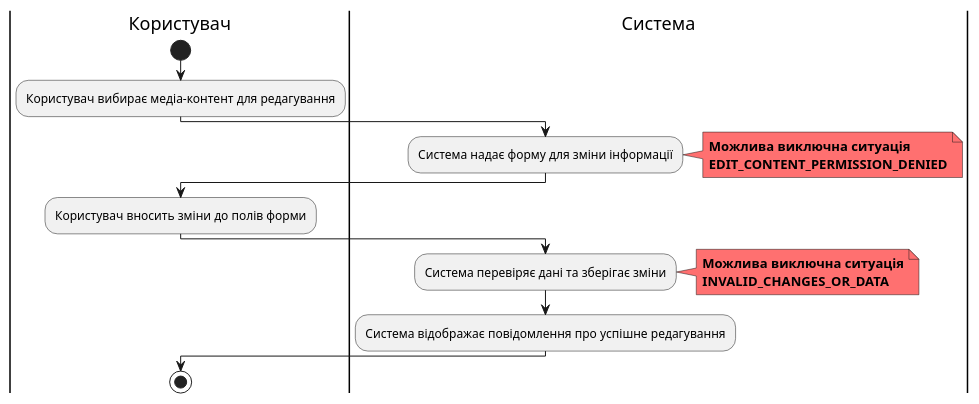
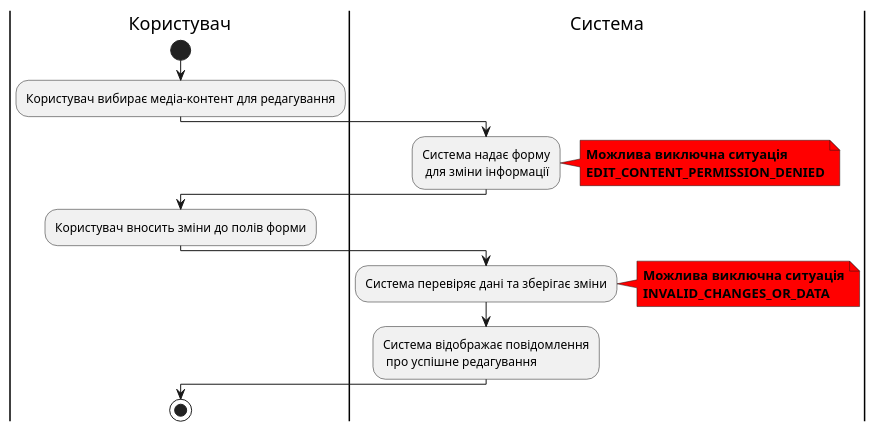
Before and after one commit to zhkcll/lab6: diagram 12 of 14 in docs/use_cases.md, drawn with PlantUML. The commit also changed other lines of this file, not shown here.

````diff
--- a/docs/use_cases.md
+++ b/docs/use_cases.md
@@ -416,26 +436,26 @@
 ```plantuml
 @startuml
 
 |Користувач|
 start
 :Користувач вибирає медіа-контент для редагування;
 |Система|
-:Система надає форму для зміни інформації;
-note right #ff7070
+:Система надає форму\n для зміни інформації;
+note right #ff0000
 <b>Можлива виключна ситуація</b>
 <b>EDIT_CONTENT_PERMISSION_DENIED</b>
 end note
 |Користувач|
 :Користувач вносить зміни до полів форми;
 |Система|
 :Система перевіряє дані та зберігає зміни;
-note right #ff7070
+note right #ff0000
 <b>Можлива виключна ситуація</b>
 <b>INVALID_CHANGES_OR_DATA</b>
 end note
-:Система відображає повідомлення про успішне редагування;
+:Система відображає повідомлення\n про успішне редагування;
 |Користувач|
 stop
 
 @enduml
 ```
````
